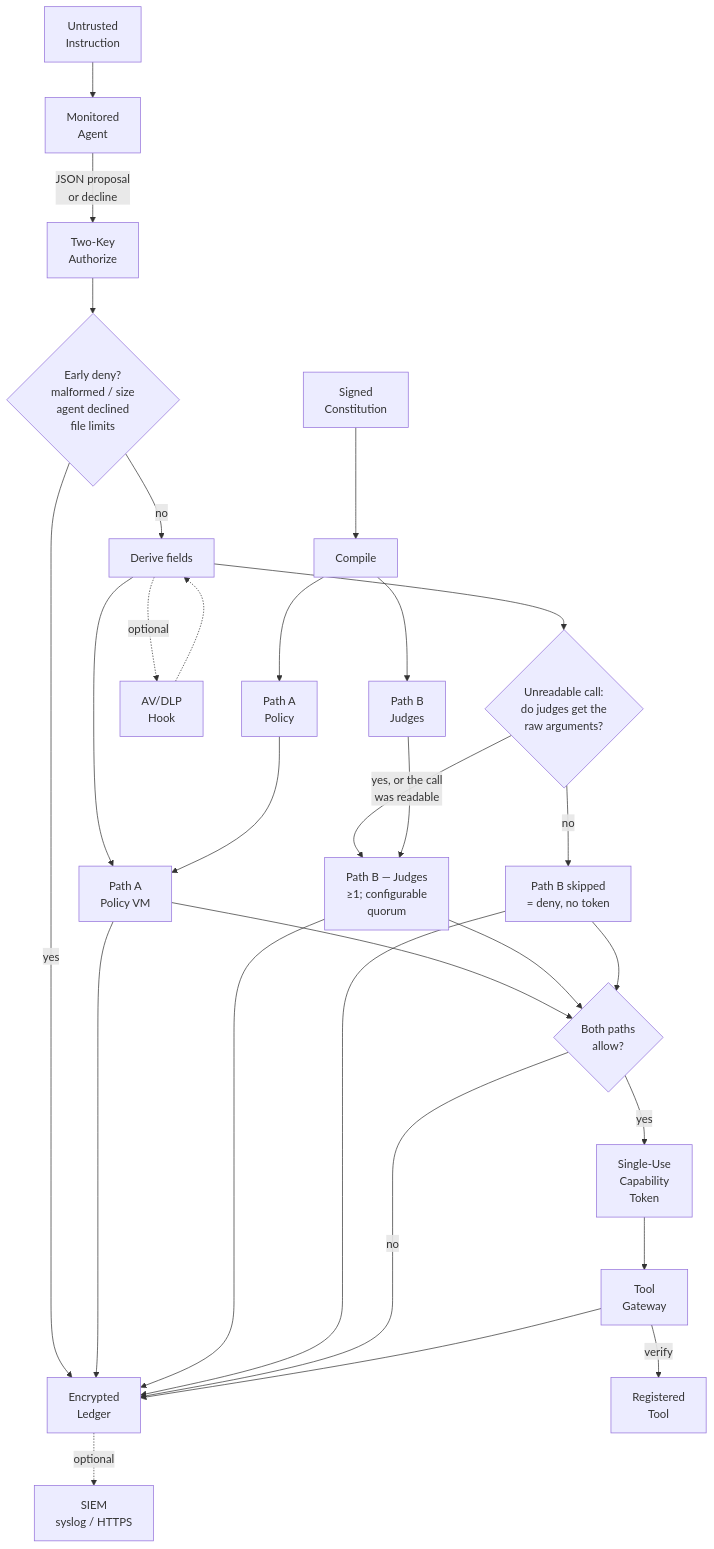
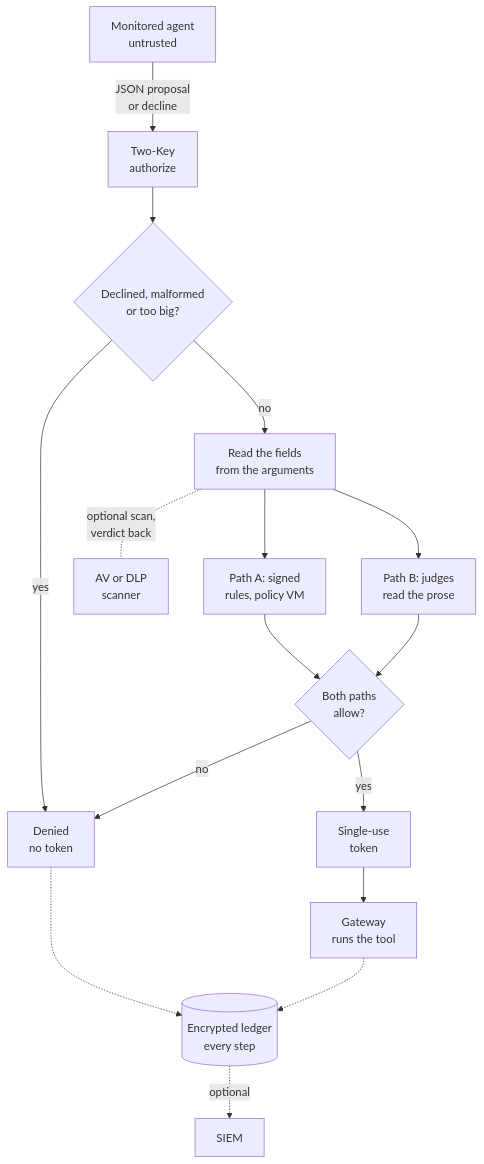
Before and after one commit to Insomniac-VibeLabs/two-key: the second of 4 diagrams in README.md, drawn with Mermaid. The commit also changed other lines of this file and 9 other files, not shown here.

First line of the commit message:
FIPS approved mode after 1.0, positive wording, README facts, tables and diagrams

````diff
--- a/README.md
+++ b/README.md
@@ -338,41 +341,18 @@
 ```mermaid
 flowchart TD
-  constitution["Signed<br/>Constitution"] --> compile["Compile"]
-  compile --> bytecode["Path A<br/>Policy"]
-  compile --> judgeText["Path B<br/>Judges"]
-
-  instruction["Untrusted<br/>Instruction"] --> agent["Monitored<br/>Agent"]
-  agent -->|"JSON proposal<br/>or decline"| authorize["Two-Key<br/>Authorize"]
-
-  authorize --> early{"Early deny?<br/>malformed / size<br/>agent declined<br/>file limits"}
-  early -->|yes| ledger["Encrypted<br/>Ledger"]
-  early -->|no| derive["Derive fields"]
-
-  derive -.->|"optional"| hook["AV/DLP<br/>Hook"]
-  hook -.-> derive
-
-  derive --> pathA["Path A<br/>Policy VM"]
-  bytecode --> pathA
-
-  derive --> pbCheck{"Unreadable call:<br/>do judges get the<br/>raw arguments?"}
-  pbCheck -->|"no"| skipped["Path B skipped<br/>= deny, no token"]
-  pbCheck -->|"yes, or the call<br/>was readable"| pathB["Path B — Judges<br/>≥1; configurable<br/>quorum"]
-  judgeText --> pathB
-
+  agent["Monitored agent<br/>untrusted"] -->|"JSON proposal<br/>or decline"| authorize["Two-Key<br/>authorize"]
+  authorize --> early{"Declined, malformed<br/>or too big?"}
+  early -->|"yes"| denied["Denied<br/>no token"]
+  early -->|"no"| derive["Read the fields<br/>from the arguments"]
+  derive -. "optional scan,<br/>verdict back" .- hook["AV or DLP<br/>scanner"]
+  derive --> pathA["Path A: signed<br/>rules, policy VM"]
+  derive --> pathB["Path B: judges<br/>read the prose"]
   pathA --> gate{"Both paths<br/>allow?"}
   pathB --> gate
-  skipped --> gate
-
-  pathA --> ledger
-  pathB --> ledger
-  skipped --> ledger
-
-  gate -->|no| ledger
-  gate -->|yes| token["Single-Use<br/>Capability<br/>Token"]
-
-  token --> gateway["Tool<br/>Gateway"]
-  gateway -->|"verify"| tool["Registered<br/>Tool"]
-  gateway --> ledger
-
-  ledger -.->|"optional"| siem["SIEM<br/>syslog / HTTPS"]
+  gate -->|"no"| denied
+  gate -->|"yes"| token["Single-use<br/>token"]
+  token --> gateway["Gateway<br/>runs the tool"]
+  denied -.-> ledger[("Encrypted ledger<br/>every step")]
+  gateway -.-> ledger
+  ledger -.->|"optional"| siem["SIEM"]
 ```
````
